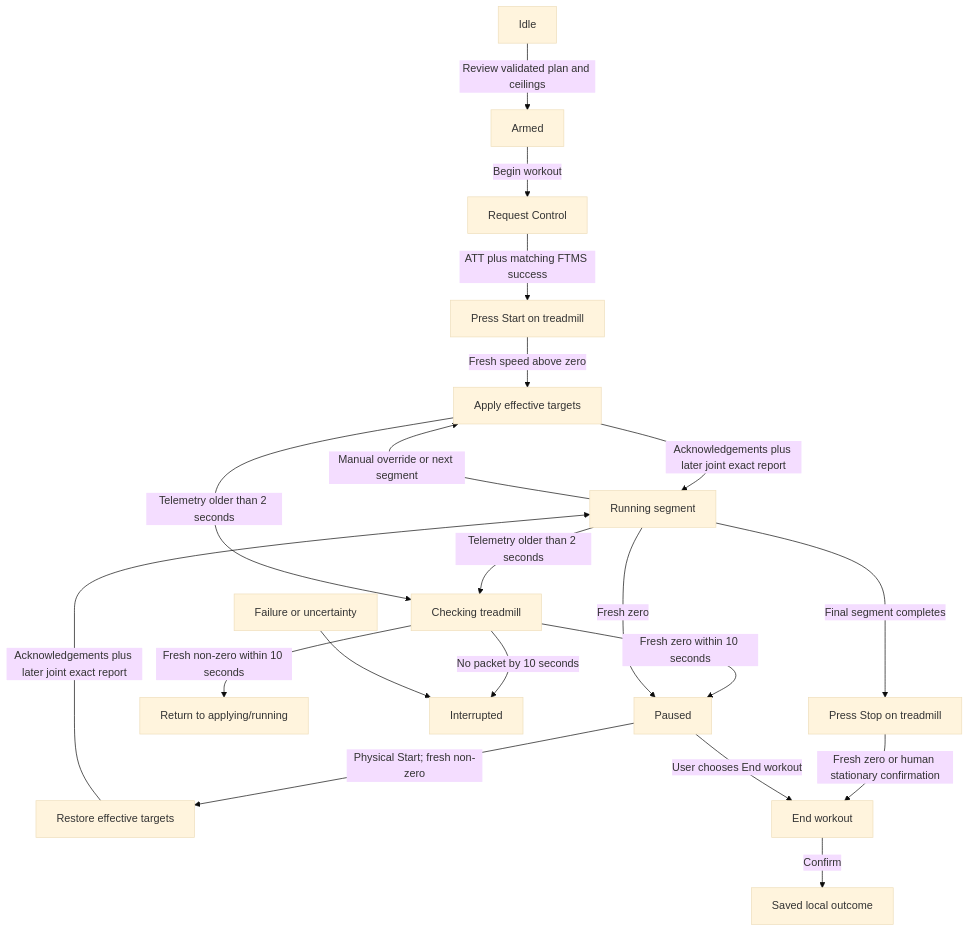
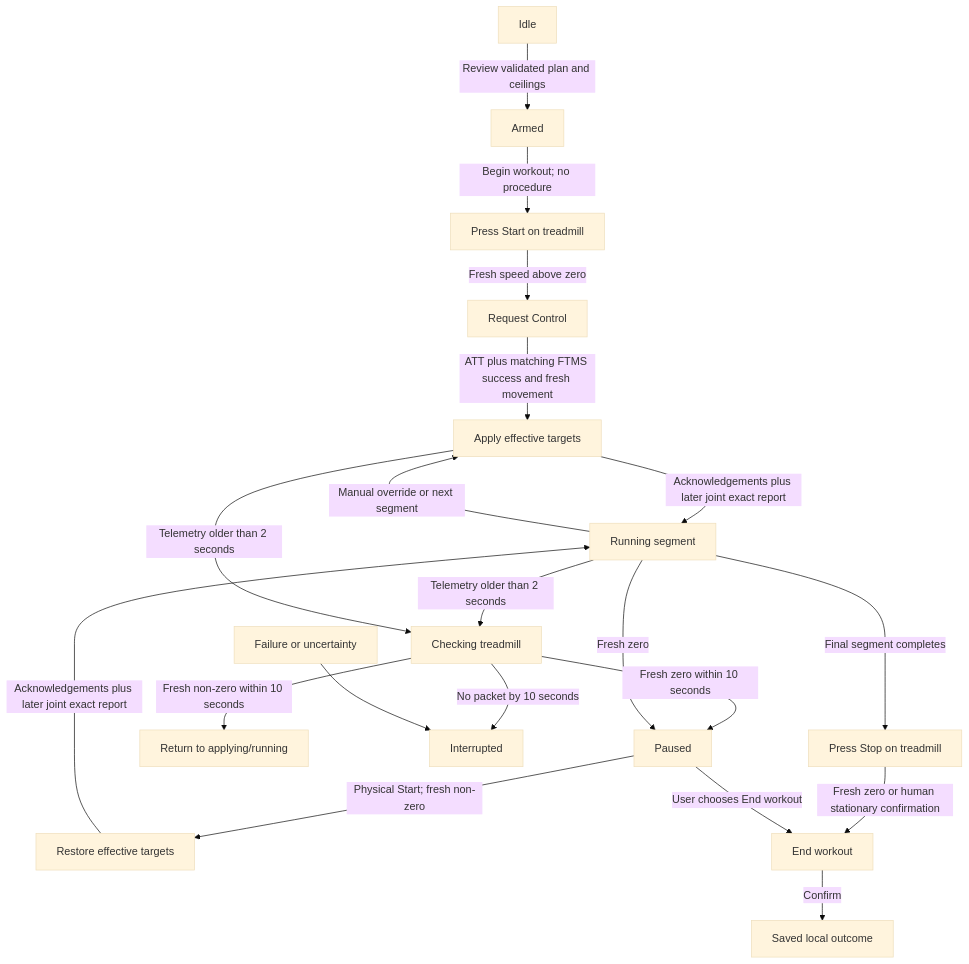
Before and after one commit to syamaner/paceprompt-ios: the diagram in design/safety-gated-workout-execution-state-machine.md, drawn with Mermaid (base theme). The commit also changed other lines of this file and 13 other files, not shown here.

First line of the commit message:
fix: wait for physical movement before control (#90)

````diff
--- a/design/safety-gated-workout-execution-state-machine.md
+++ b/design/safety-gated-workout-execution-state-machine.md
@@ -125,23 +125,23 @@
 ```mermaid
 flowchart TD
     IDLE[Idle] -->|Review validated plan and ceilings| ARMED[Armed]
-    ARMED -->|Begin workout| CONTROL[Request Control]
-    CONTROL -->|ATT plus matching FTMS success| WAIT[Press Start on treadmill]
-    WAIT -->|Fresh speed above zero| APPLY[Apply effective targets]
+    ARMED -->|Begin workout; no procedure| WAIT[Press Start on treadmill]
+    WAIT -->|Fresh speed above zero| CONTROL[Request Control]
+    CONTROL -->|ATT plus matching FTMS success and fresh movement| APPLY[Apply effective targets]
     APPLY -->|Acknowledgements plus later joint exact report| RUN[Running segment]
     RUN -->|Manual override or next segment| APPLY
     RUN -->|Telemetry older than 2 seconds| CHECK[Checking treadmill]
     APPLY -->|Telemetry older than 2 seconds| CHECK
     CHECK -->|Fresh zero within 10 seconds| PAUSED[Paused]
     CHECK -->|Fresh non-zero within 10 seconds| PREV[Return to applying/running]
     CHECK -->|No packet by 10 seconds| INTERRUPTED[Interrupted]
     RUN -->|Fresh zero| PAUSED
     PAUSED -->|Physical Start; fresh non-zero| RESTORE[Restore effective targets]
     RESTORE -->|Acknowledgements plus later joint exact report| RUN
     RUN -->|Final segment completes| COMPLETE[Press Stop on treadmill]
     COMPLETE -->|Fresh zero or human stationary confirmation| ENDREADY[End workout]
     PAUSED -->|User chooses End workout| ENDREADY
     ENDREADY -->|Confirm| ENDED[Saved local outcome]
 
     FAIL[Failure or uncertainty] --> INTERRUPTED
 ```
````
